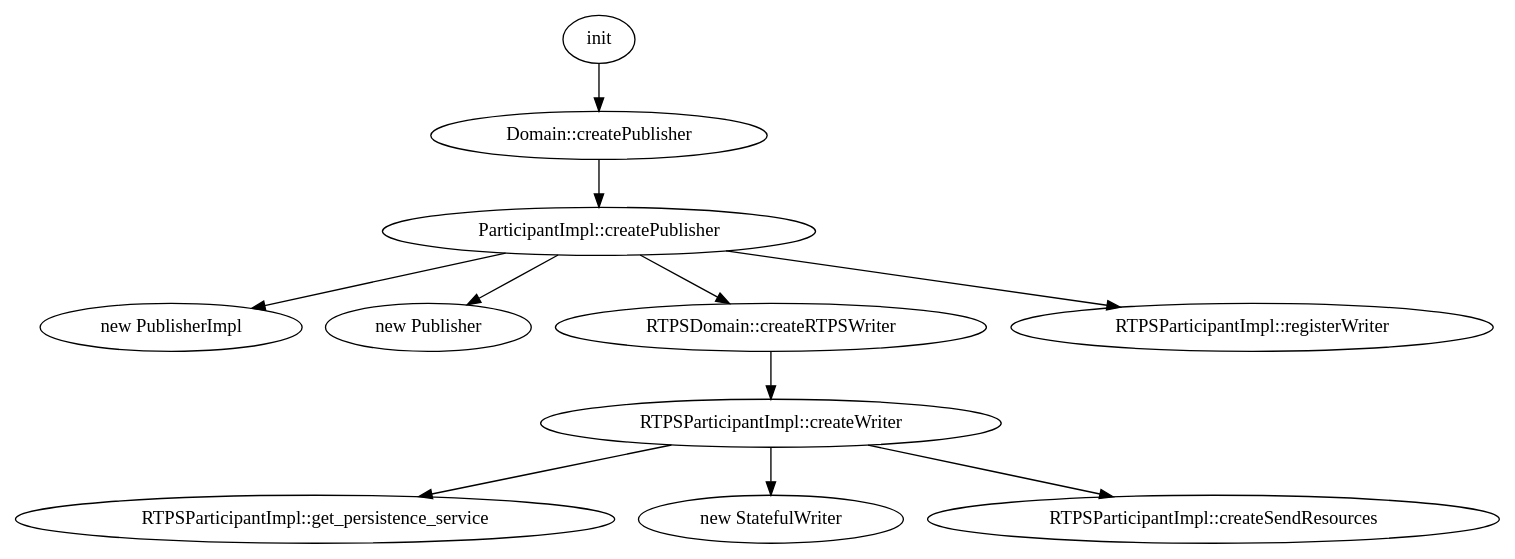
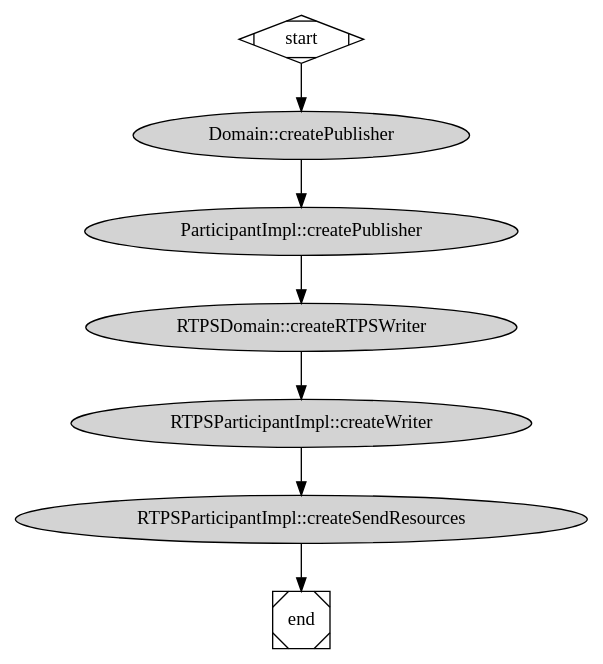
Before and after one commit to novelinux/android: the diagram in iot/rtps/create-publisher.dot, drawn with Graphviz. The commit also changed 7 other files, not shown here.

```diff
--- a/iot/rtps/create-publisher.dot
+++ b/iot/rtps/create-publisher.dot
@@ -1,23 +1,22 @@
-digraph create_publisher
-{
-        1[label="Domain::createPublisher"]
-        11[label="ParticipantImpl::createPublisher"]
-        111[label="new PublisherImpl"]
-        112[label="new Publisher"]
-        113[label="RTPSDomain::createRTPSWriter"]
-        114[label="RTPSParticipantImpl::registerWriter"]
-        init -> 1;
-        1 -> 11;
-        11 -> 111;
-        11 -> 112;
-        11 -> 113;
-        11 -> 114;
-        1131[label="RTPSParticipantImpl::createWriter"]
-        11311[label="RTPSParticipantImpl::get_persistence_service"]
-        11312[label="new StatefulWriter"]
-        11313[label="RTPSParticipantImpl::createSendResources"]
-        113 -> 1131;
-        1131 -> 11311;
-        1131 -> 11312;
-        1131 -> 11313;
+digraph createPublisher {
+
+  subgraph MainThread {
+    node [style=filled];
+    color = lightgrey;
+
+    a1[label="Domain::createPublisher"]
+    a2[label="ParticipantImpl::createPublisher"]
+    a3[label="RTPSDomain::createRTPSWriter"]
+    a4[label="RTPSParticipantImpl::createWriter"]
+    a5[label="RTPSParticipantImpl::createSendResources"]
+  }
+
+  subgraph AsyncWriterThread {
+  }
+
+  start -> a1 -> a2 -> a3 -> a4 -> a5;
+  a5 -> end;
+
+  start [shape=Mdiamond];
+  end [shape=Msquare];
 }
```
